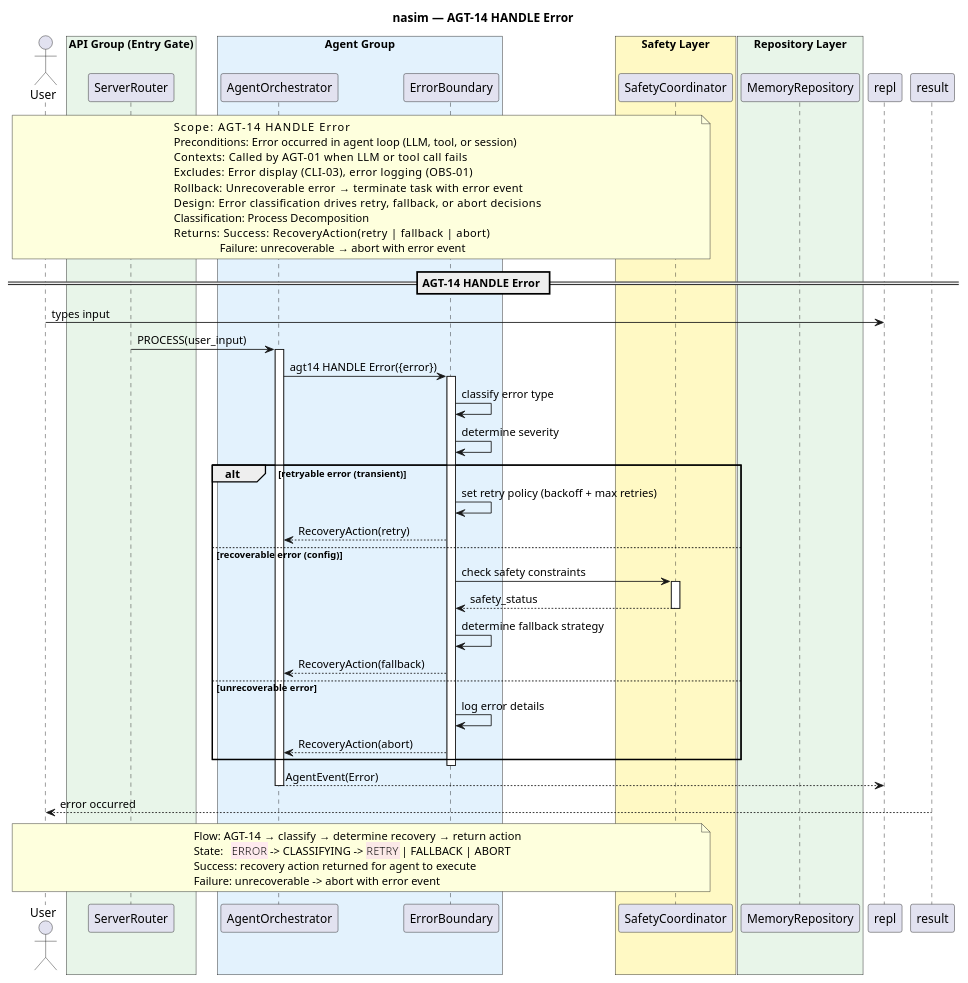
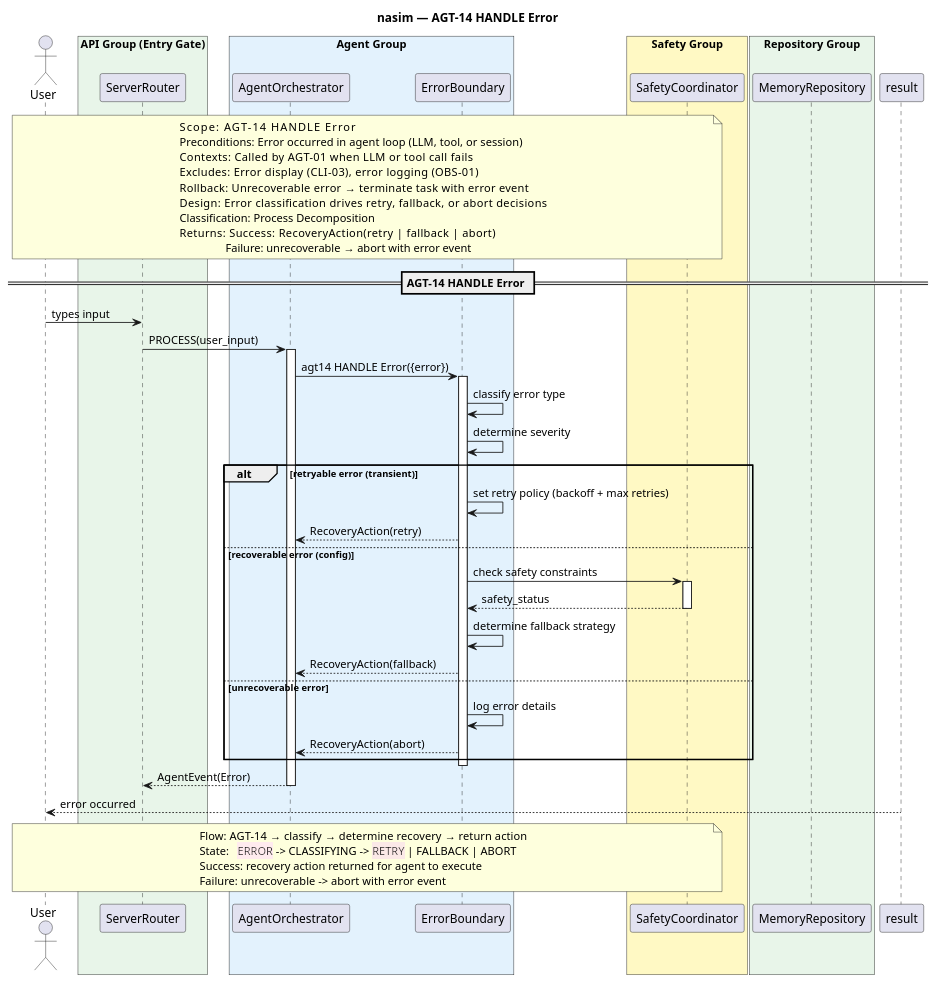
The diagram in docs/SQ/AGT/sq_agt14_handle_error.puml (salimnamvar/nasim), drawn with PlantUML before and after one commit. The commit also changed 186 other files, not shown here.

Commit message:
docs: Delete outdated sequence diagram skill documentation and replace with a comprehensive rulebook for use case diagram design derived from C4 architecture, ensuring full coverage of systems, containers, components, and CRUD-format naming conventions.

```diff
--- a/docs/SQ/AGT/sq_agt14_handle_error.puml
+++ b/docs/SQ/AGT/sq_agt14_handle_error.puml
@@ -1,82 +1,82 @@
 @startuml sq_agt14_handle_error
 ' ============================================================
 ' Title:     AGT-14 — HANDLE Error
 ' Boundary:  nasim code agent
 ' Purpose:   Classify errors and determine recovery action
 ' Milestone: v1.0
-' Version:   8.0.0
+' Version:   9.1.0
 ' Source:    CAR refinement loop — API-First transformation
 ' Review:    docs/SQ/README.md
 ' ============================================================
 
 title nasim — AGT-14 HANDLE Error
 
 actor "User" as user
 
 box "API Group (Entry Gate)" #E8F5E9
   participant "ServerRouter" as router
 end box
 box "Agent Group" #E3F2FD
   participant "AgentOrchestrator" as agent
   participant "ErrorBoundary" as eb
 end box
-box "Safety Layer" #FFF9C4
+box "Safety Group" #FFF9C4
   participant "SafetyCoordinator" as safety
 end box
-box "Repository Layer" #E8F5E9
+box "Repository Group" #E8F5E9
   participant "MemoryRepository" as memory
 end box
 
 note over user, safety
   Scope:          AGT-14 HANDLE Error
   Preconditions:  Error occurred in agent loop (LLM, tool, or session)
   Contexts:       Called by AGT-01 when LLM or tool call fails
   Excludes:       Error display (CLI-03), error logging (OBS-01)
   Rollback:       Unrecoverable error → terminate task with error event
   Design:         Error classification drives retry, fallback, or abort decisions
   Classification: Process Decomposition
   Returns:        Success: RecoveryAction(retry | fallback | abort)
                   Failure: unrecoverable → abort with error event
 end note
 
 == AGT-14 HANDLE Error ==
 
-user -> repl : types input
+user -> router : types input
 router -> agent : PROCESS(user_input)
 activate agent
 
 agent -> eb : agt14 HANDLE Error({error})
 activate eb
 
 eb -> eb : classify error type
 eb -> eb : determine severity
 
 alt retryable error (transient)
     eb -> eb : set retry policy (backoff + max retries)
     eb --> agent : RecoveryAction(retry)
 else recoverable error (config)
     eb -> safety : check safety constraints
     activate safety
     safety --> eb : safety_status
     deactivate safety
     eb -> eb : determine fallback strategy
     eb --> agent : RecoveryAction(fallback)
 else unrecoverable error
     eb -> eb : log error details
     eb --> agent : RecoveryAction(abort)
 end
 
 deactivate eb
 
-agent --> repl : AgentEvent(Error)
+agent --> router : AgentEvent(Error)
 deactivate agent
 result --> user : error occurred
 
 note over user, safety
   Flow:    AGT-14 → classify → determine recovery → return action
   State:   <back:#FFEBEE>ERROR</back> -> CLASSIFYING -> <back:#FBE9E7>RETRY</back> | FALLBACK | ABORT
   Success: recovery action returned for agent to execute
   Failure: unrecoverable -> abort with error event
 end note
 
 @enduml
```
